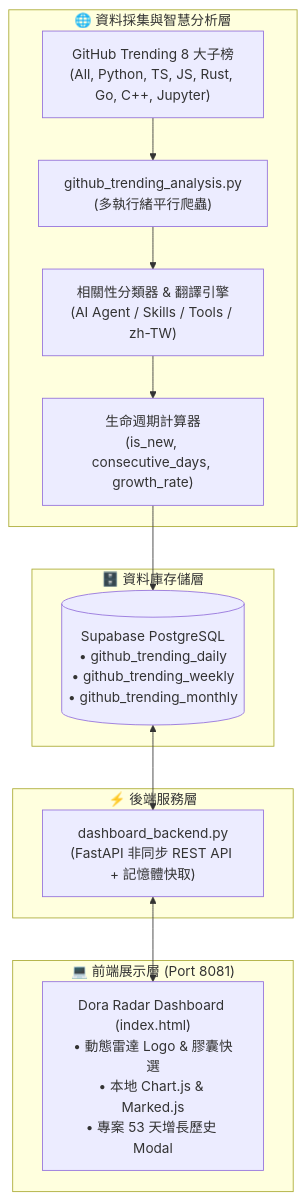
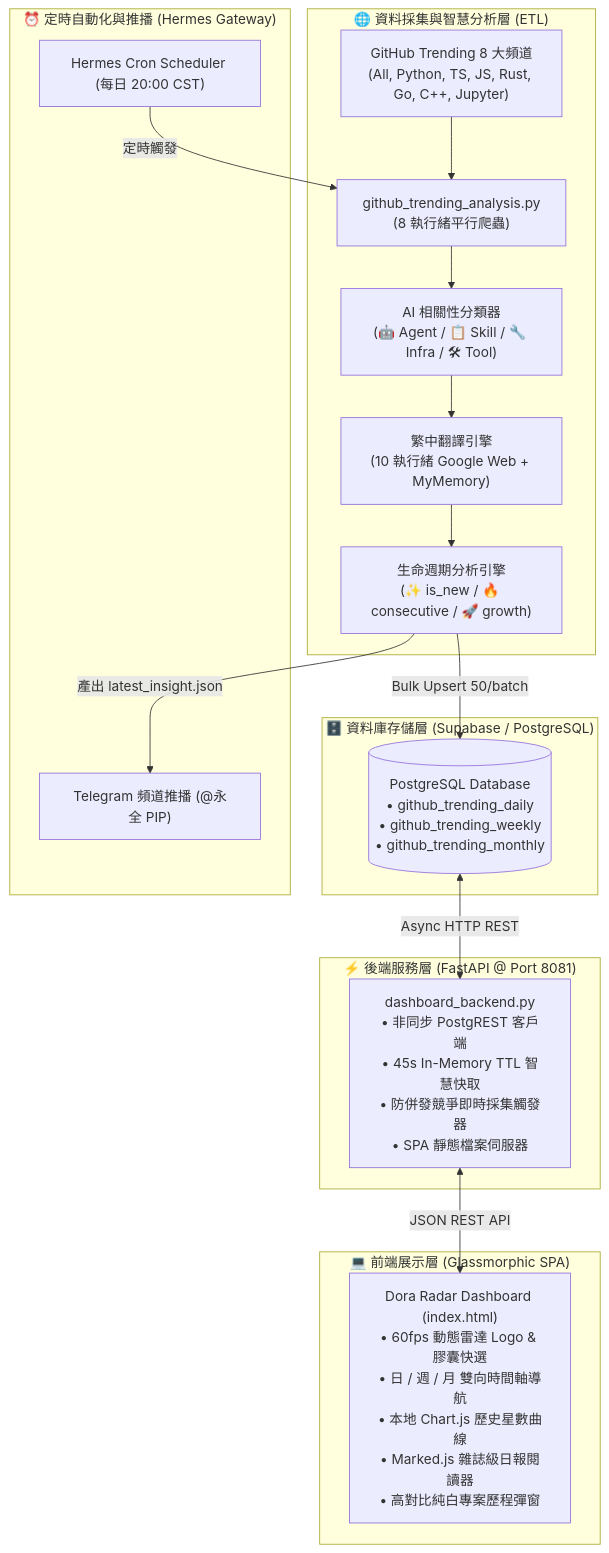
One commit to PingpowerTW/dora-radar changed the diagram in README.md. Above: the diagram before and after it, drawn with Mermaid. The commit also changed other lines of this file and 3 other files, not shown here.

````diff
--- a/README.md
+++ b/README.md
@@ -46,25 +76,37 @@
 ```mermaid
 flowchart TD
-    subgraph ScrapingLayer ["🌐 資料採集與智慧分析層"]
-        GH["GitHub Trending 8 大子榜\n(All, Python, TS, JS, Rust, Go, C++, Jupyter)"]
-        Scraper["github_trending_analysis.py\n(多執行緒平行爬蟲)"]
-        Classifier["相關性分類器 & 翻譯引擎\n(AI Agent / Skills / Tools / zh-TW)"]
-        Lifecycle["生命週期計算器\n(is_new, consecutive_days, growth_rate)"]
-        GH --> Scraper --> Classifier --> Lifecycle
+    subgraph DataCollection ["🌐 資料採集與智慧分析層 (ETL)"]
+        GH["GitHub Trending 8 大頻道\n(All, Python, TS, JS, Rust, Go, C++, Jupyter)"]
+        Scraper["github_trending_analysis.py\n(8 執行緒平行爬蟲)"]
+        Classifier["AI 相關性分類器\n(🤖 Agent / 📋 Skill / 🔧 Infra / 🛠 Tool)"]
+        Translator["繁中翻譯引擎\n(10 執行緒 Google Web + MyMemory)"]
+        Lifecycle["生命週期分析引擎\n(✨ is_new / 🔥 consecutive / 🚀 growth)"]
+        
+        GH --> Scraper
+        Scraper --> Classifier
+        Classifier --> Translator
+        Translator --> Lifecycle
     end
 
-    subgraph StorageLayer ["🗄️ 資料庫存儲層"]
-        Postgres[("Supabase PostgreSQL\n• github_trending_daily\n• github_trending_weekly\n• github_trending_monthly")]
-        Lifecycle --> Postgres
+    subgraph StorageLayer ["🗄️ 資料庫存儲層 (Supabase / PostgreSQL)"]
+        DB[("PostgreSQL Database\n• github_trending_daily\n• github_trending_weekly\n• github_trending_monthly")]
+        Lifecycle -->|Bulk Upsert 50/batch| DB
     end
 
-    subgraph BackendLayer ["⚡ 後端服務層"]
-        FastAPI["dashboard_backend.py\n(FastAPI 非同步 REST API + 記憶體快取)"]
-        Postgres <--> FastAPI
+    subgraph ServiceLayer ["⚡ 後端服務層 (FastAPI @ Port 8081)"]
+        API["dashboard_backend.py\n• 非同步 PostgREST 客戶端\n• 45s In-Memory TTL 智慧快取\n• 防併發競爭即時採集觸發器\n• SPA 靜態檔案伺服器"]
+        DB <-->|Async HTTP REST| API
     end
 
-    subgraph FrontendLayer ["💻 前端展示層 (Port 8081)"]
-        WebUI["Dora Radar Dashboard (index.html)\n• 動態雷達 Logo & 膠囊快選\n• 本地 Chart.js & Marked.js\n• 專案 53 天增長歷史 Modal"]
-        FastAPI <--> WebUI
+    subgraph PresentationLayer ["💻 前端展示層 (Glassmorphic SPA)"]
+        UI["Dora Radar Dashboard (index.html)\n• 60fps 動態雷達 Logo & 膠囊快選\n• 日 / 週 / 月 雙向時間軸導航\n• 本地 Chart.js 歷史星數曲線\n• Marked.js 雜誌級日報閱讀器\n• 高對比純白專案歷程彈窗"]
+        API <-->|JSON REST API| UI
+    end
+
+    subgraph AutomationLayer ["⏰ 定時自動化與推播 (Hermes Gateway)"]
+        Cron["Hermes Cron Scheduler (每日 20:00 CST)"]
+        TG["Telegram 頻道推播 (@永全 PIP)"]
+        Cron -->|定時觸發| Scraper
+        Lifecycle -->|產出 latest_insight.json| TG
     end
 ```
````
